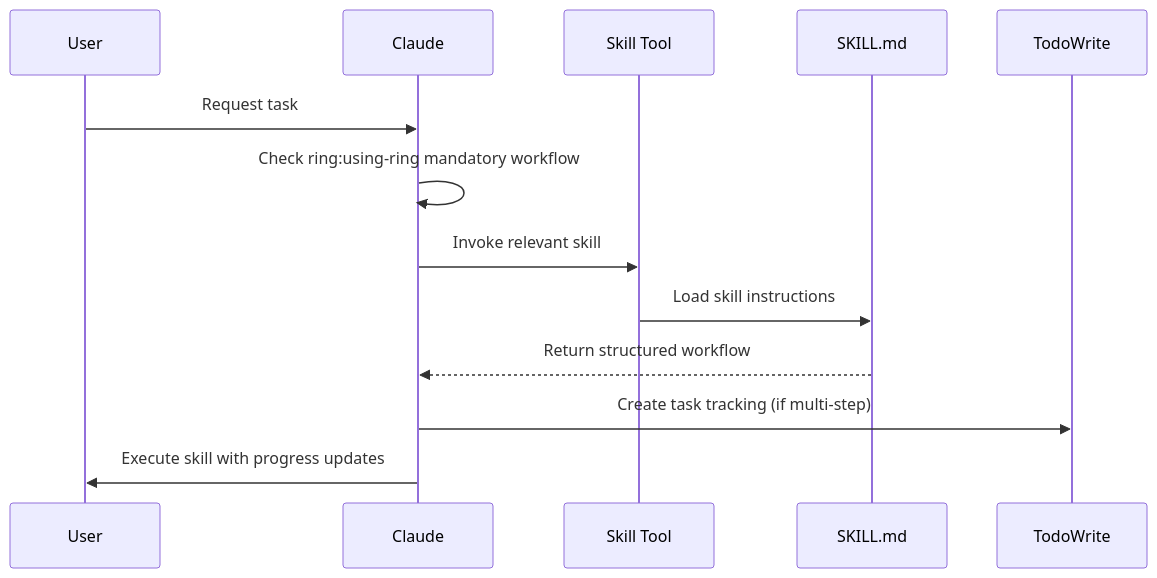
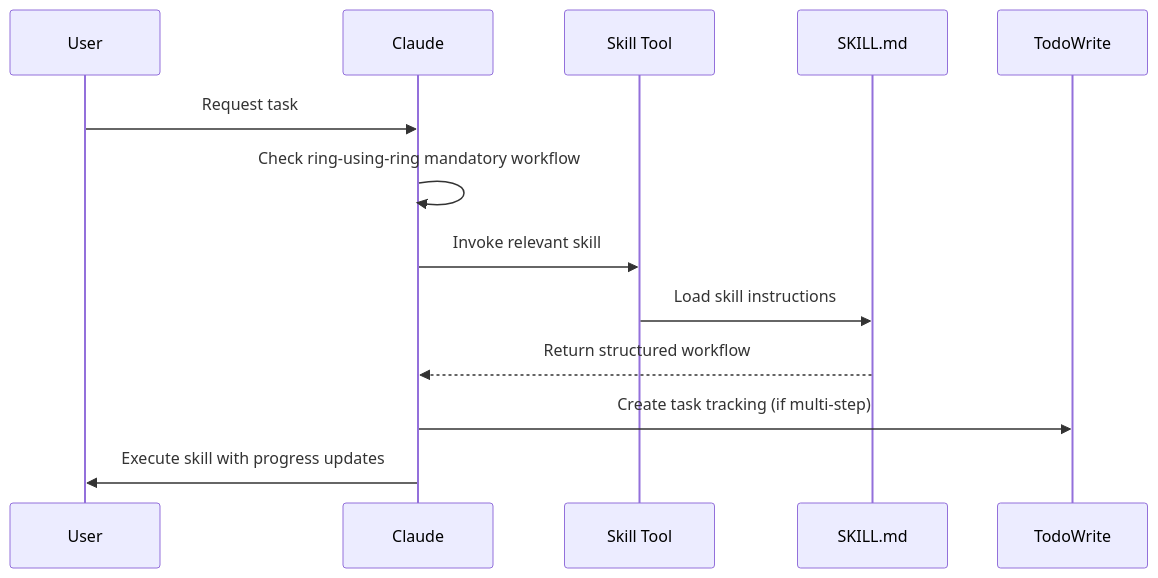
The second of 3 diagrams in ARCHITECTURE.md (alexgarzao/ring), drawn with Mermaid before and after one commit. The commit also changed other lines of this file and 217 other files, not shown here.

````diff
--- a/ARCHITECTURE.md
+++ b/ARCHITECTURE.md
@@ -349,16 +349,16 @@
 ```mermaid
 sequenceDiagram
     participant User
     participant Claude
     participant Skill Tool
     participant SKILL.md
     participant TodoWrite
 
     User->>Claude: Request task
-    Claude->>Claude: Check ring:using-ring mandatory workflow
+    Claude->>Claude: Check ring-using-ring mandatory workflow
     Claude->>Skill Tool: Invoke relevant skill
     Skill Tool->>SKILL.md: Load skill instructions
     SKILL.md-->>Claude: Return structured workflow
     Claude->>TodoWrite: Create task tracking (if multi-step)
     Claude->>User: Execute skill with progress updates
 ```
````
